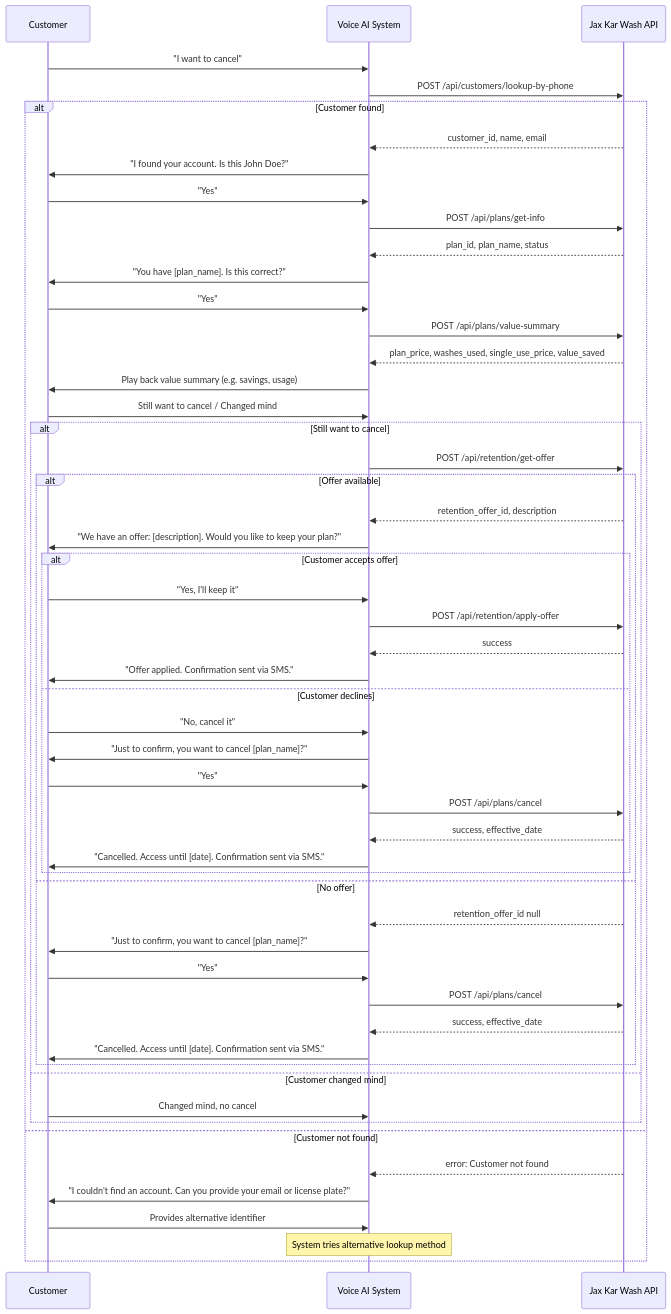
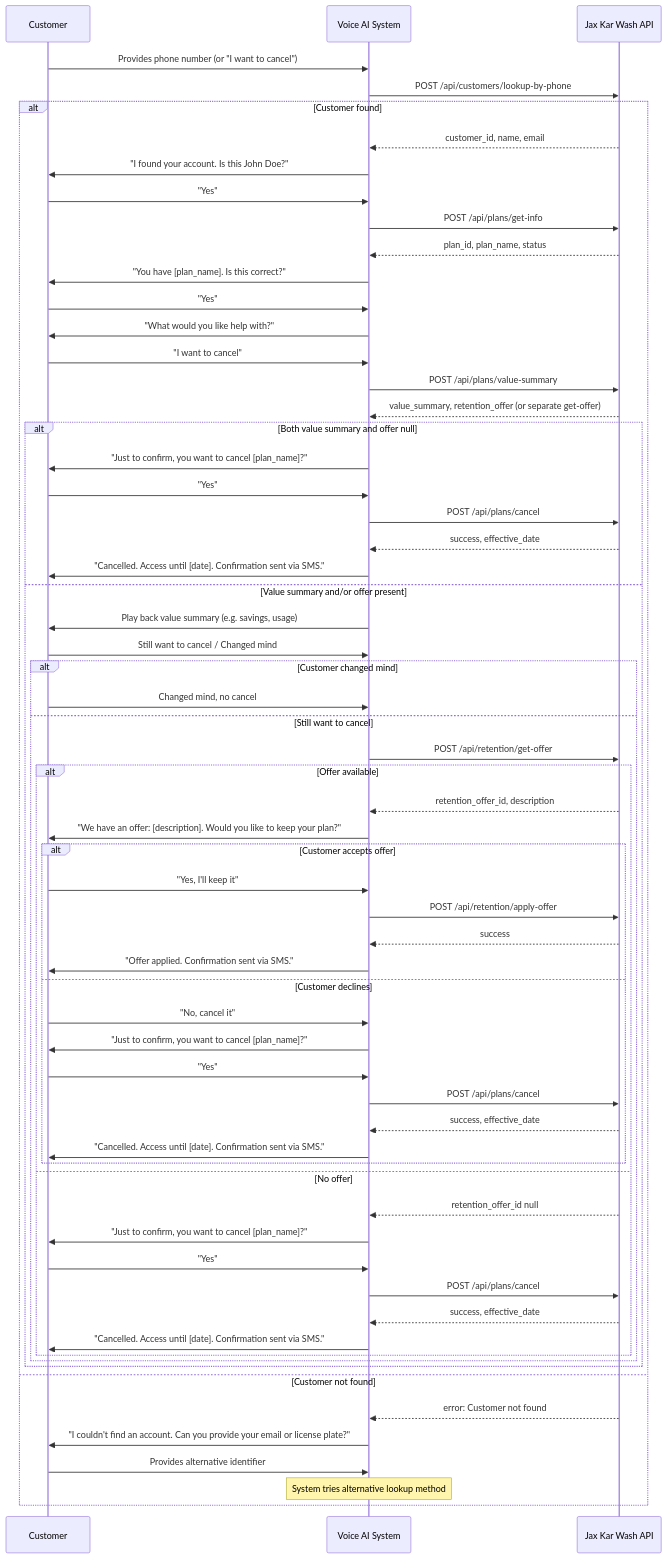
The third of 11 diagrams in Jax-Kar-Wash-API-Integration–Discussion-Document.md (HelloWash/Public), drawn with Mermaid before and after one commit. The commit also changed other lines of this file, not shown here.

First line of the commit message:
Refine cancellation flow with value summary and offers

````diff
--- a/Jax-Kar-Wash-API-Integration–Discussion-Document.md
+++ b/Jax-Kar-Wash-API-Integration–Discussion-Document.md
@@ -576,56 +616,66 @@
 ```mermaid
 sequenceDiagram
     participant Customer
     participant System as Voice AI System
     participant API as Jax Kar Wash API
 
-    Customer->>System: "I want to cancel"
+    Customer->>System: Provides phone number (or "I want to cancel")
     System->>API: POST /api/customers/lookup-by-phone
     alt Customer found
         API-->>System: customer_id, name, email
         System->>Customer: "I found your account. Is this John Doe?"
         Customer->>System: "Yes"
         System->>API: POST /api/plans/get-info
         API-->>System: plan_id, plan_name, status
         System->>Customer: "You have [plan_name]. Is this correct?"
         Customer->>System: "Yes"
+        System->>Customer: "What would you like help with?"
+        Customer->>System: "I want to cancel"
         System->>API: POST /api/plans/value-summary
-        API-->>System: plan_price, washes_used, single_use_price, value_saved
-        System->>Customer: Play back value summary (e.g. savings, usage)
-        Customer->>System: Still want to cancel / Changed mind
-        alt Still want to cancel
-        System->>API: POST /api/retention/get-offer
-        alt Offer available
-            API-->>System: retention_offer_id, description
-            System->>Customer: "We have an offer: [description]. Would you like to keep your plan?"
-            alt Customer accepts offer
-                Customer->>System: "Yes, I'll keep it"
-                System->>API: POST /api/retention/apply-offer
-                API-->>System: success
-                System->>Customer: "Offer applied. Confirmation sent via SMS."
-            else Customer declines
-                Customer->>System: "No, cancel it"
-                System->>Customer: "Just to confirm, you want to cancel [plan_name]?"
-                Customer->>System: "Yes"
-                System->>API: POST /api/plans/cancel
-                API-->>System: success, effective_date
-                System->>Customer: "Cancelled. Access until [date]. Confirmation sent via SMS."
-            end
-        else No offer
-            API-->>System: retention_offer_id null
+        API-->>System: value_summary, retention_offer (or separate get-offer)
+        alt Both value summary and offer null
             System->>Customer: "Just to confirm, you want to cancel [plan_name]?"
             Customer->>System: "Yes"
             System->>API: POST /api/plans/cancel
             API-->>System: success, effective_date
             System->>Customer: "Cancelled. Access until [date]. Confirmation sent via SMS."
-        end
-        else Customer changed mind
-            Customer->>System: Changed mind, no cancel
+        else Value summary and/or offer present
+            System->>Customer: Play back value summary (e.g. savings, usage)
+            Customer->>System: Still want to cancel / Changed mind
+            alt Customer changed mind
+                Customer->>System: Changed mind, no cancel
+            else Still want to cancel
+                System->>API: POST /api/retention/get-offer
+                alt Offer available
+                    API-->>System: retention_offer_id, description
+                    System->>Customer: "We have an offer: [description]. Would you like to keep your plan?"
+                    alt Customer accepts offer
+                        Customer->>System: "Yes, I'll keep it"
+                        System->>API: POST /api/retention/apply-offer
+                        API-->>System: success
+                        System->>Customer: "Offer applied. Confirmation sent via SMS."
+                    else Customer declines
+                        Customer->>System: "No, cancel it"
+                        System->>Customer: "Just to confirm, you want to cancel [plan_name]?"
+                        Customer->>System: "Yes"
+                        System->>API: POST /api/plans/cancel
+                        API-->>System: success, effective_date
+                        System->>Customer: "Cancelled. Access until [date]. Confirmation sent via SMS."
+                    end
+                else No offer
+                    API-->>System: retention_offer_id null
+                    System->>Customer: "Just to confirm, you want to cancel [plan_name]?"
+                    Customer->>System: "Yes"
+                    System->>API: POST /api/plans/cancel
+                    API-->>System: success, effective_date
+                    System->>Customer: "Cancelled. Access until [date]. Confirmation sent via SMS."
+                end
+            end
         end
     else Customer not found
         API-->>System: error: Customer not found
         System->>Customer: "I couldn't find an account. Can you provide your email or license plate?"
         Customer->>System: Provides alternative identifier
         Note over System: System tries alternative lookup method
     end
 ```
````
